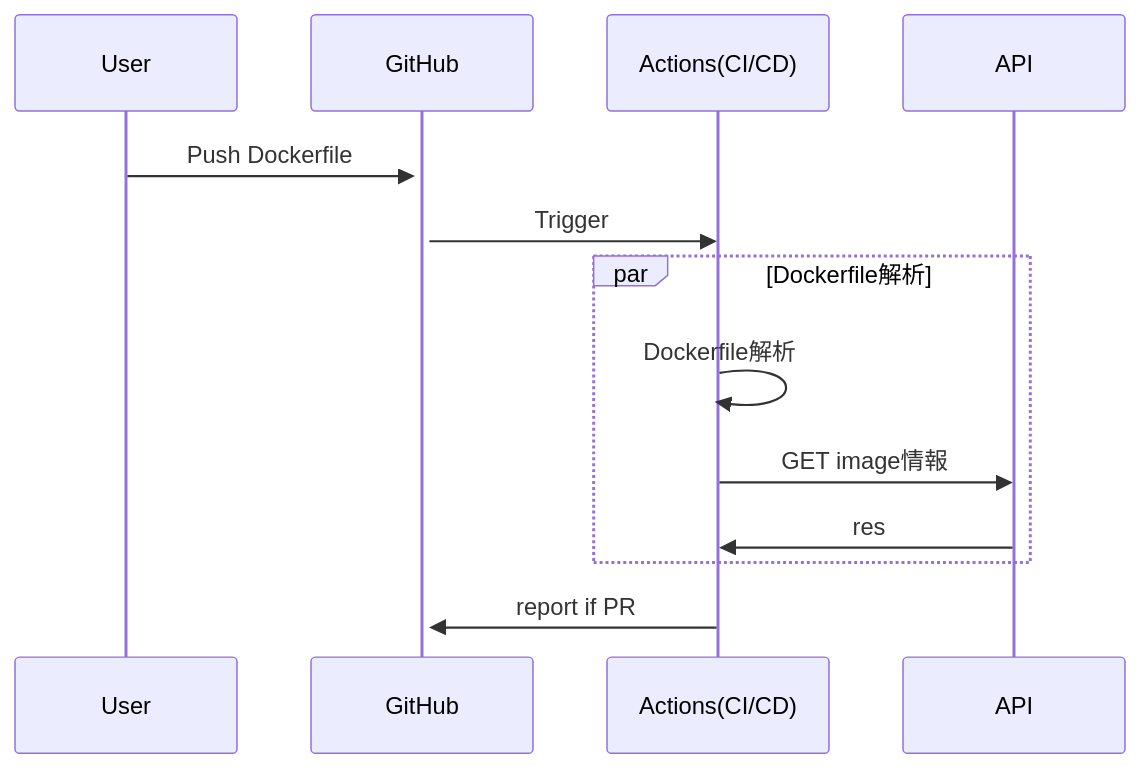
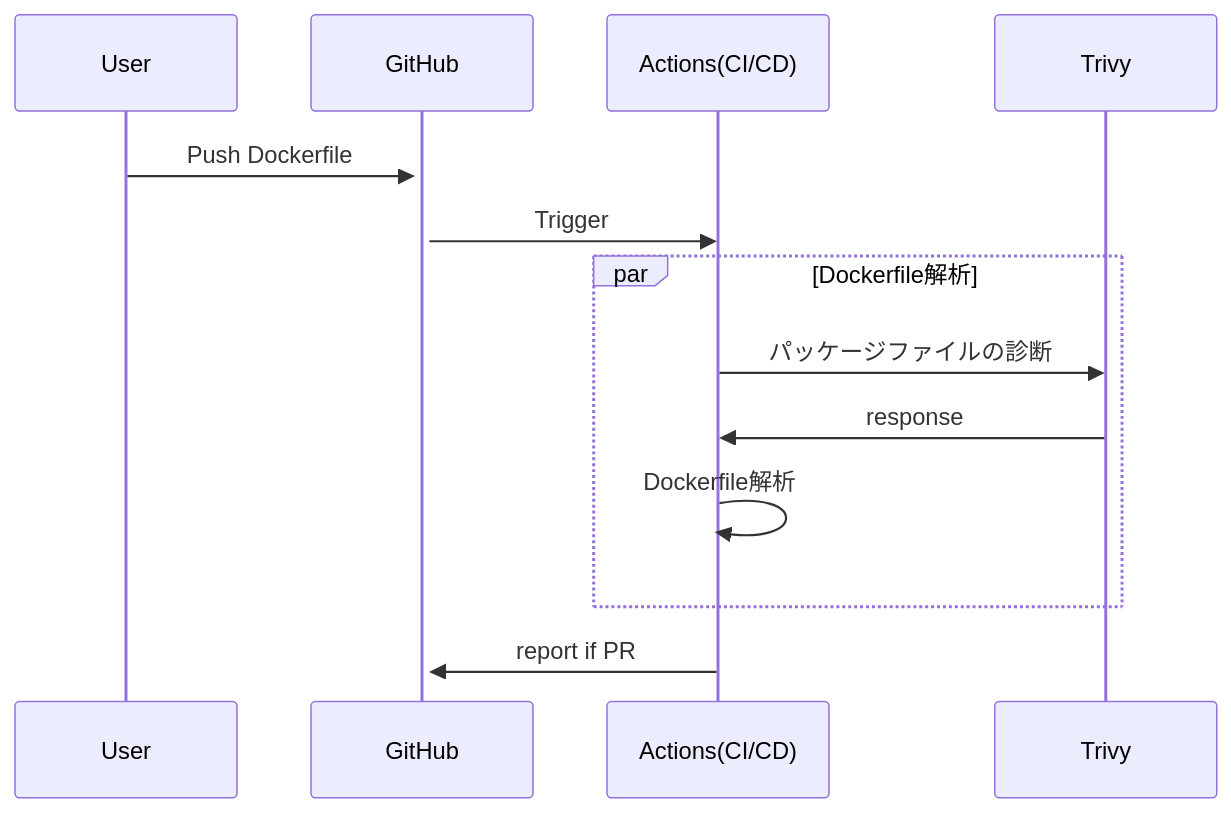
One commit to ogiogidayo/docker-scanner changed the diagram in README.md. Above: the diagram before and after it, drawn with Mermaid.

````diff
--- a/README.md
+++ b/README.md
@@ -3,16 +3,16 @@
 ```mermaid
 sequenceDiagram
     participant user as User
     participant github as GitHub
     participant actions as Actions(CI/CD)
-    participant API
+    participant trivy as Trivy
         
     user ->>+github: Push Dockerfile
     github ->>actions: Trigger
     par Dockerfile解析
+    actions ->>trivy: パッケージファイルの診断
+    trivy ->>actions: response
     actions ->>actions: Dockerfile解析
-    actions ->>API: GET image情報
-    API->> actions: res
     end
    actions ->>github: report if PR
 ```
````
